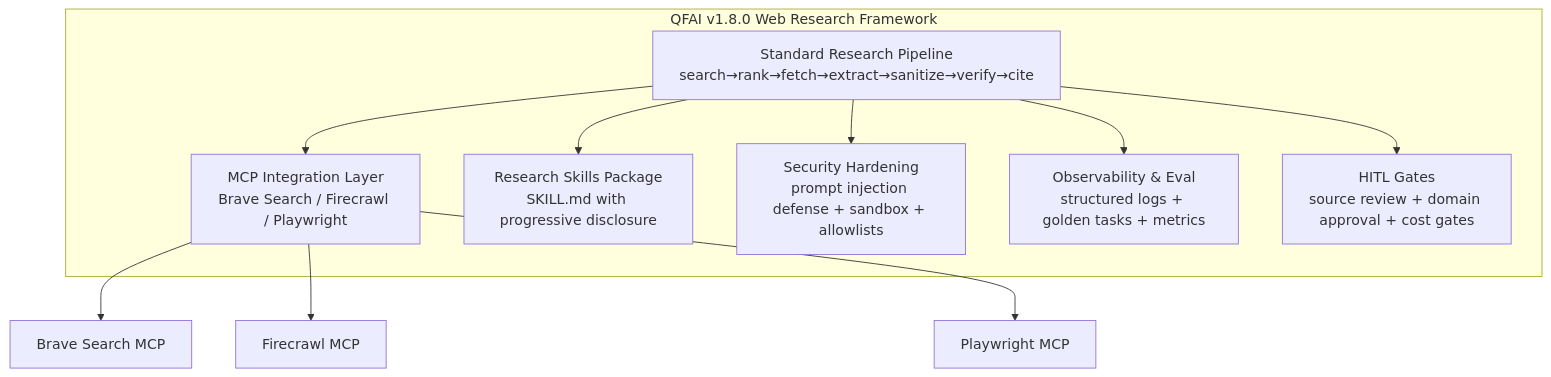
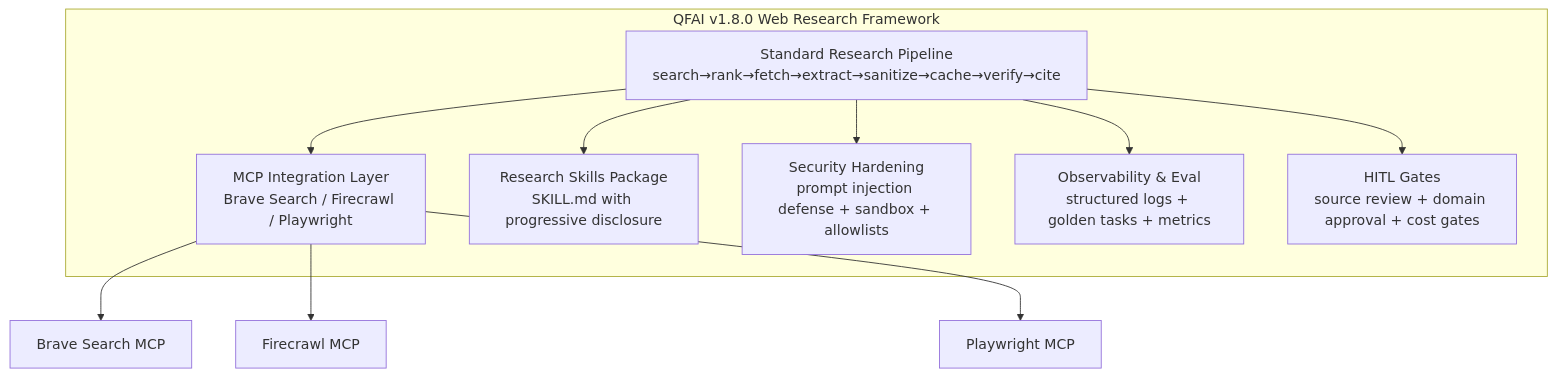
One commit to aganesy/QFAI changed the diagram in .qfai/discussion/discussion-20260328212829687/02_Inception-Deck.md. Above: the diagram before and after it, drawn with Mermaid. The commit also changed other lines of this file and 19 other files, not shown here.

````diff
--- a/.qfai/discussion/discussion-20260328212829687/02_Inception-Deck.md
+++ b/.qfai/discussion/discussion-20260328212829687/02_Inception-Deck.md
@@ -23,21 +23,21 @@
 ```mermaid
 flowchart TD
     subgraph QFAI["QFAI v1.8.0 Web Research Framework"]
-        Pipeline["Standard Research Pipeline<br/>search→rank→fetch→extract→sanitize→verify→cite"]
+        Pipeline["Standard Research Pipeline<br/>search→rank→fetch→extract→sanitize→cache→verify→cite"]
         MCPInt["MCP Integration Layer<br/>Brave Search / Firecrawl / Playwright"]
         Skills["Research Skills Package<br/>SKILL.md with progressive disclosure"]
         Security["Security Hardening<br/>prompt injection defense + sandbox + allowlists"]
         Observability["Observability & Eval<br/>structured logs + golden tasks + metrics"]
         HITL["HITL Gates<br/>source review + domain approval + cost gates"]
     end
 
     Pipeline --> MCPInt
     Pipeline --> Skills
     Pipeline --> Security
     Pipeline --> Observability
     Pipeline --> HITL
 
     MCPInt --> BraveSearch["Brave Search MCP"]
     MCPInt --> Firecrawl["Firecrawl MCP"]
     MCPInt --> Playwright["Playwright MCP"]
 ```
````
